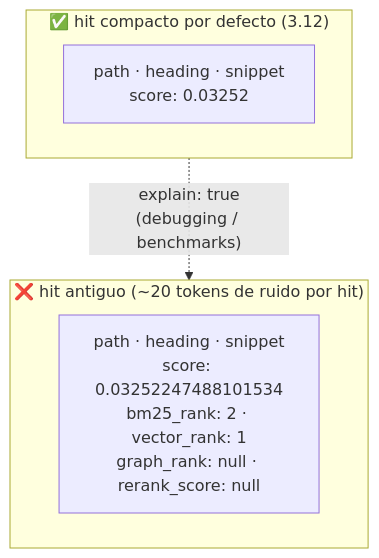
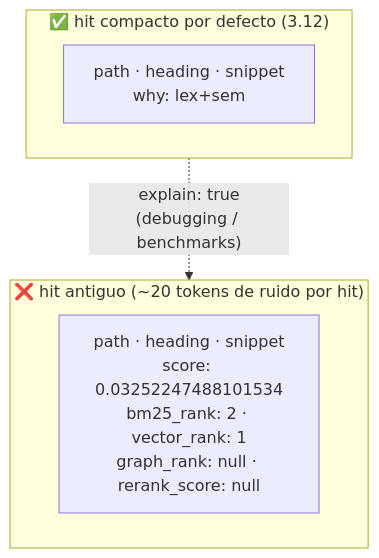
One commit to Vahlame/create-vkm-kit changed the tenth of 15 diagrams in docs/es/como-funciona.md. Above: the diagram before and after it, drawn with Mermaid. The commit also changed other lines of this file and 10 other files, not shown here.

````diff
--- a/docs/es/como-funciona.md
+++ b/docs/es/como-funciona.md
@@ -322,10 +322,10 @@
 ```mermaid
 flowchart TB
   subgraph antes["❌ hit antiguo (~20 tokens de ruido por hit)"]
     A["path · heading · snippet<br/>score: 0.03252247488101534<br/>bm25_rank: 2 · vector_rank: 1<br/>graph_rank: null · rerank_score: null"]
   end
   subgraph ahora["✅ hit compacto por defecto (3.12)"]
-    B["path · heading · snippet<br/>score: 0.03252"]
+    B["path · heading · snippet<br/>why: lex+sem"]
   end
   ahora -.->|"explain: true<br/>(debugging / benchmarks)"| antes
 ```
````
